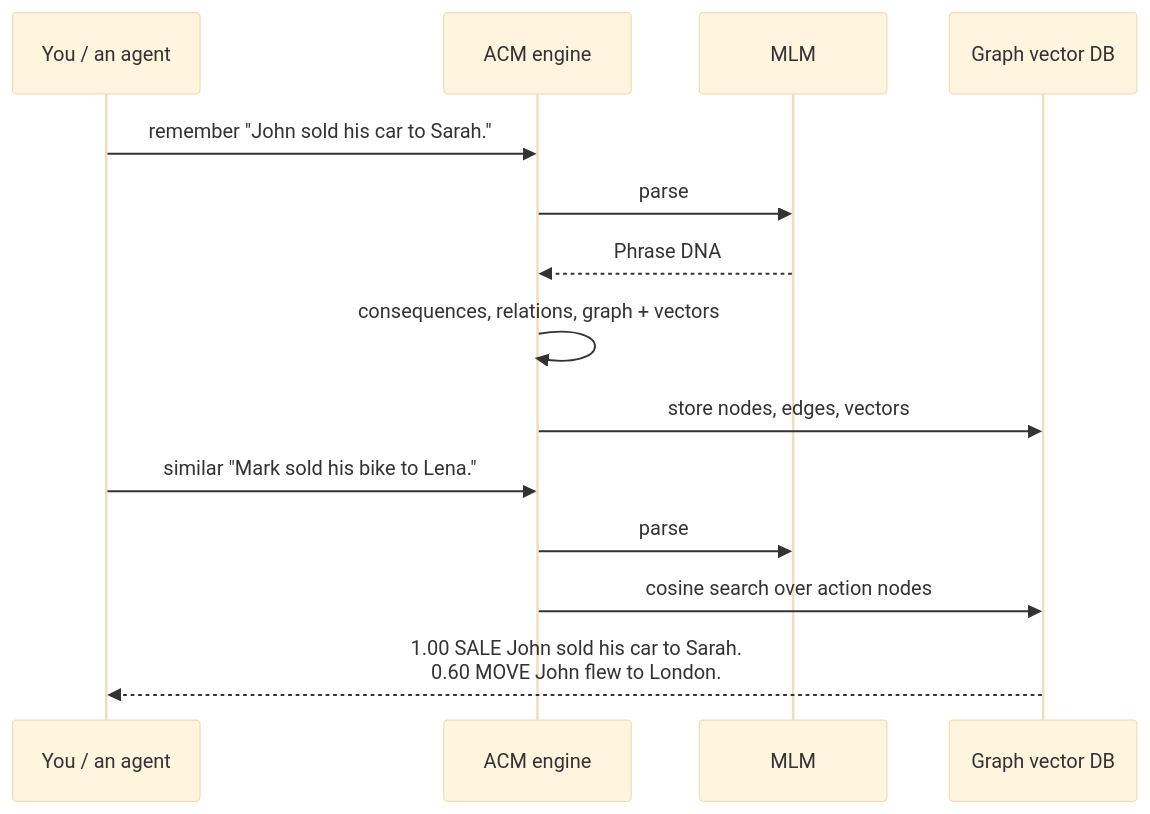
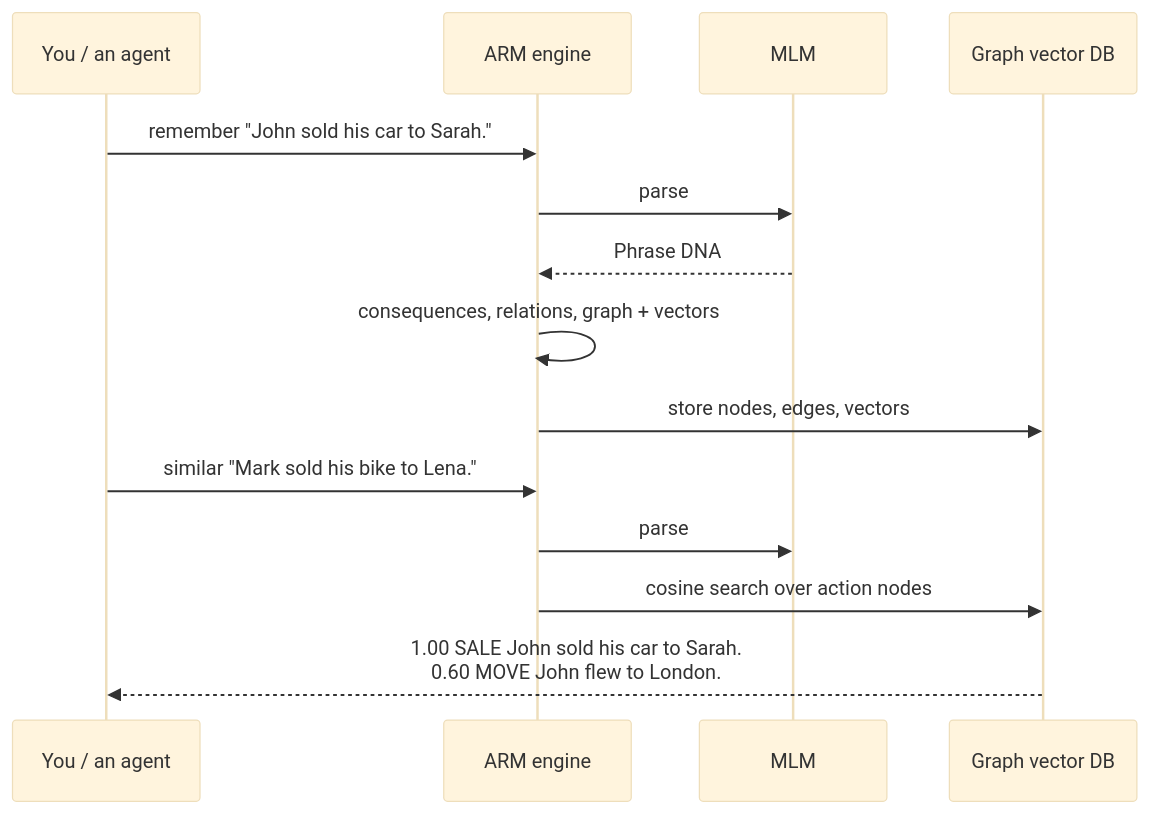
Before and after one commit to Sherlock2019/ACM: diagram 13 of 15 in README.md, drawn with Mermaid (base theme). The commit also changed other lines of this file, not shown here.

First line of the commit message:
README: ARM brand; why ARM (LLM limits), so what (vs LLM mode), Step 9 Unreal Engine 5, what next; home page replaces tour at /

````diff
--- a/README.md
+++ b/README.md
@@ -721,16 +799,16 @@
 ```mermaid
 sequenceDiagram
   participant U as You / an agent
-  participant A as ACM engine
+  participant A as ARM engine
   participant M as MLM
   participant S as Graph vector DB
   U->>A: remember "John sold his car to Sarah."
   A->>M: parse
   M-->>A: Phrase DNA
   A->>A: consequences, relations, graph + vectors
   A->>S: store nodes, edges, vectors
   U->>A: similar "Mark sold his bike to Lena."
   A->>M: parse
   A->>S: cosine search over action nodes
   S-->>U: 1.00 SALE  John sold his car to Sarah.<br/>0.60 MOVE  John flew to London.
 ```
````
